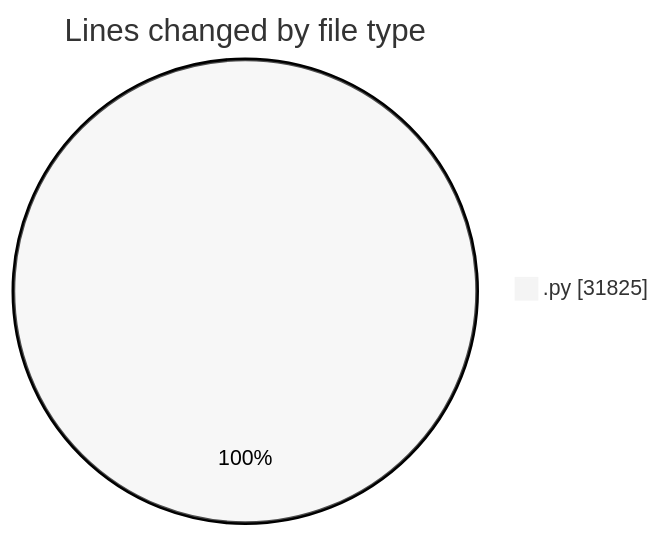
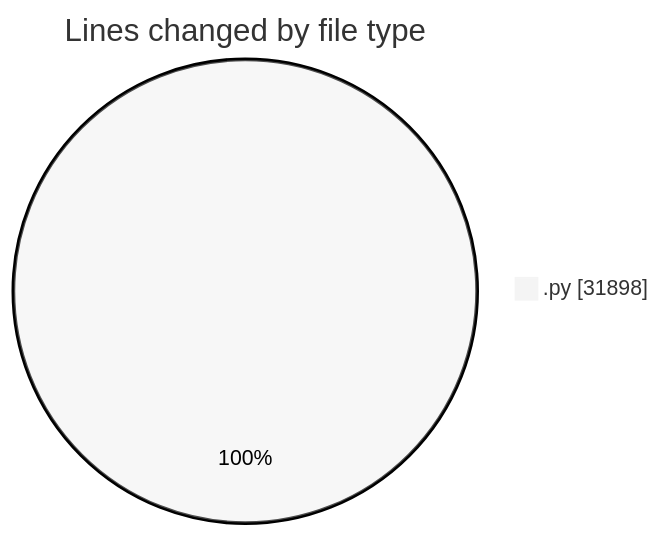
One commit to julien-gomy/code-tracking changed the first of 2 diagrams in 2025-11-14/eventscop-api-guide__workspace_/README.md. Above: the diagram before and after it, drawn with Mermaid (neutral theme). The commit also changed other lines of this file and 1 other file, not shown here.

````diff
--- a/2025-11-14/eventscop-api-guide__workspace_/README.md
+++ b/2025-11-14/eventscop-api-guide__workspace_/README.md
@@ -29,5 +30,5 @@
 ```mermaid
 pie showData
 title Lines changed by file type
-".py" : 31825
+".py" : 31898
 ```
````
